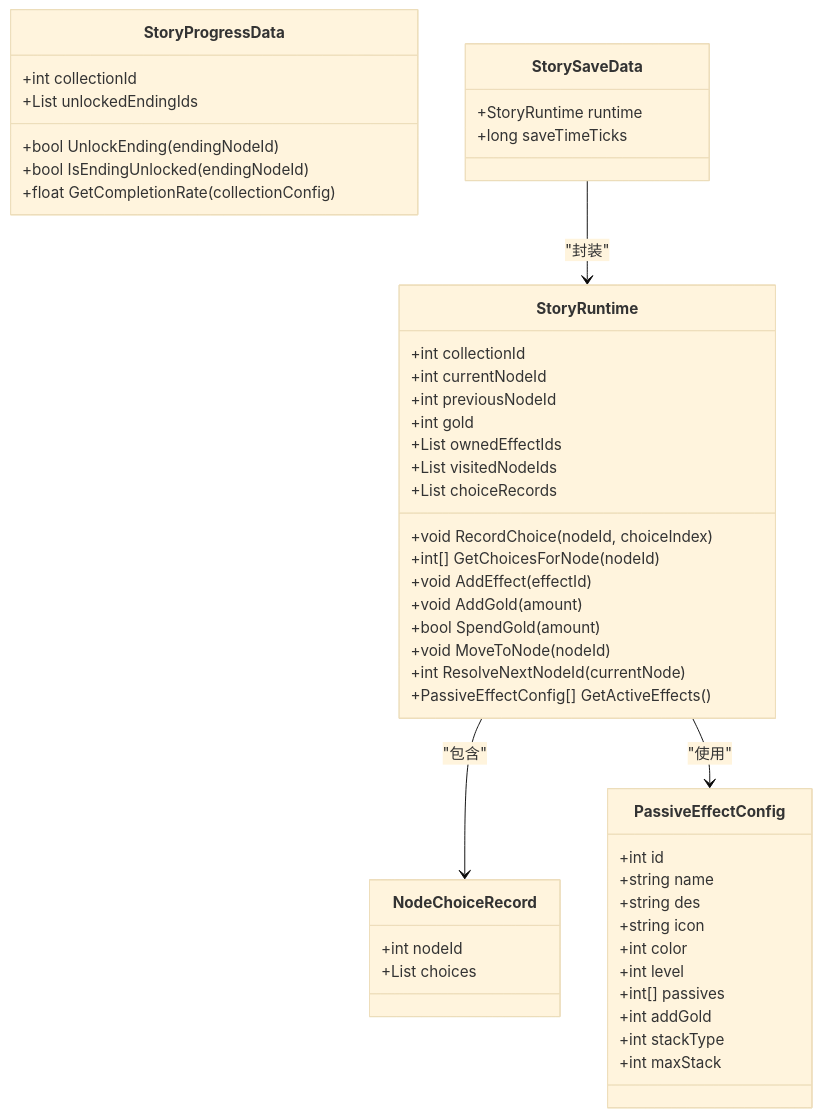
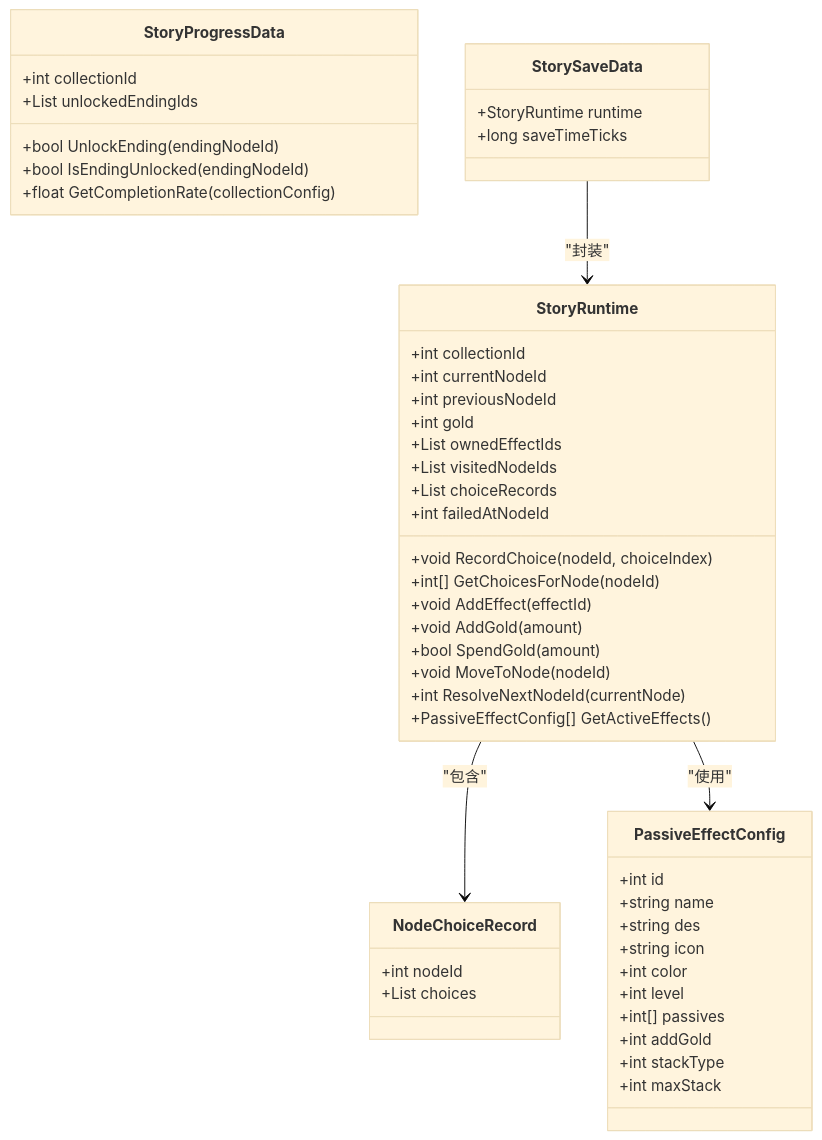
One commit to Tuusen/p1_client changed the third of 8 diagrams in .qoder/repowiki/zh/content/故事剧情系统/故事运行时系统.md. Above: the diagram before and after it, drawn with Mermaid (base theme). The commit also changed other lines of this file and 4 other files, not shown here.

````diff
--- a/.qoder/repowiki/zh/content/故事剧情系统/故事运行时系统.md
+++ b/.qoder/repowiki/zh/content/故事剧情系统/故事运行时系统.md
@@ -163,50 +166,51 @@
 ```mermaid
 classDiagram
 class StoryRuntime {
 +int collectionId
 +int currentNodeId
 +int previousNodeId
 +int gold
 +List<int> ownedEffectIds
 +List<int> visitedNodeIds
 +List<NodeChoiceRecord> choiceRecords
++int failedAtNodeId
 +void RecordChoice(nodeId, choiceIndex)
 +int[] GetChoicesForNode(nodeId)
 +void AddEffect(effectId)
 +void AddGold(amount)
 +bool SpendGold(amount)
 +void MoveToNode(nodeId)
 +int ResolveNextNodeId(currentNode)
 +PassiveEffectConfig[] GetActiveEffects()
 }
 class NodeChoiceRecord {
 +int nodeId
 +List<int> choices
 }
 class StoryProgressData {
 +int collectionId
 +List<int> unlockedEndingIds
 +bool UnlockEnding(endingNodeId)
 +bool IsEndingUnlocked(endingNodeId)
 +float GetCompletionRate(collectionConfig)
 }
 class StorySaveData {
 +StoryRuntime runtime
 +long saveTimeTicks
 }
 class PassiveEffectConfig {
 +int id
 +string name
 +string des
 +string icon
 +int color
 +int level
 +int[] passives
 +int addGold
 +int stackType
 +int maxStack
 }
 StoryRuntime --> NodeChoiceRecord : "包含"
 StoryRuntime --> PassiveEffectConfig : "使用"
 StorySaveData --> StoryRuntime : "封装"
 ```
````
